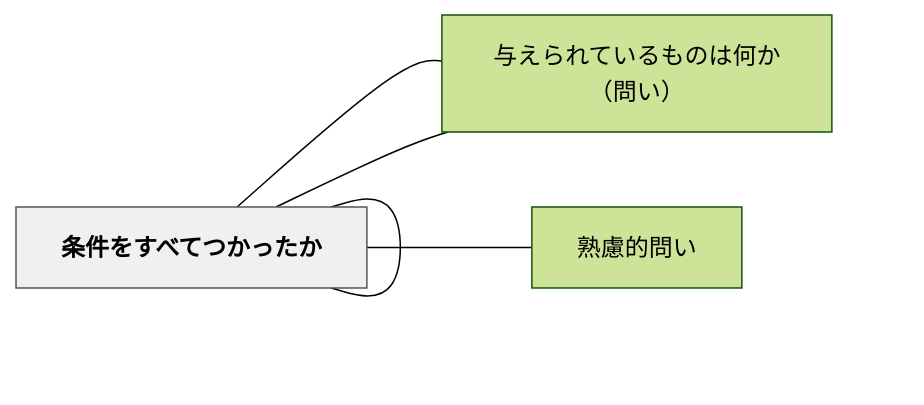
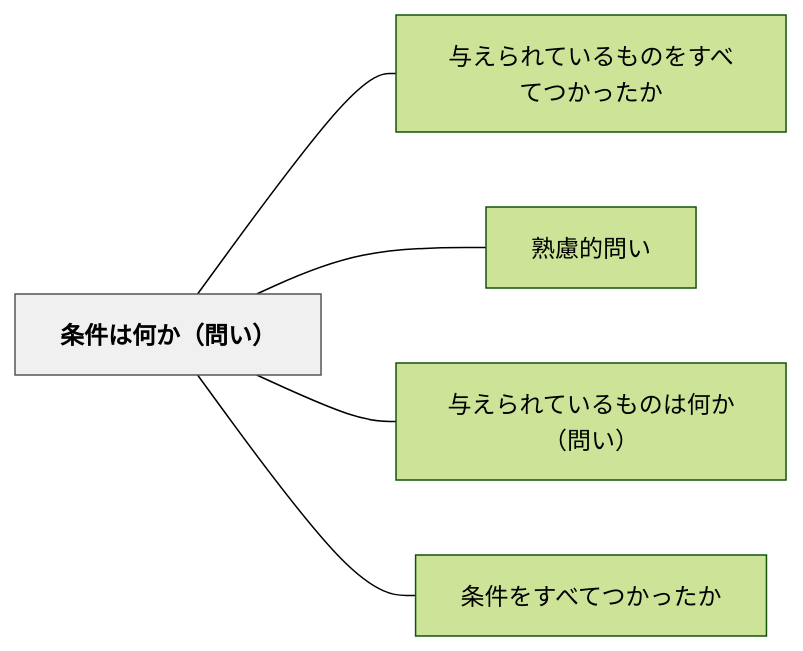
One commit to unknownthings-ed-patterns/unknownthings-ed-patterns changed the diagram in content/パタン/条件は何か（問い）.md. Above: the diagram before and after it, drawn with Mermaid (forest theme). The commit also changed 527 other files, not shown here.

````diff
--- a/content/パタン/条件は何か（問い）.md
+++ b/content/パタン/条件は何か（問い）.md
@@ -41,16 +41,16 @@
 ```mermaid
 flowchart LR
-    ne69da1e4bbb6["条件は何か（問い）"]
-    ne4b88ee38188["与えられているものをすべてつかったか"]
-    ne7869fe685ae["熟慮的問い"]
-    ne4b88ee38188["与えられているものは何か（問い）"]
-    ne69da1e4bbb6["条件をすべてつかったか"]
+    ne69da1e4bbb6e381afe4bd95e3818befbc88e5958fe38184efbc89["条件は何か（問い）"]
+    ne4b88ee38188e38289e3828ce381a6e38184e3828be38282e381aee38292e38199e381b9e381a6e381a4e3818be381a3e3819fe3818b["与えられているものをすべてつかったか"]
+    ne7869fe685aee79a84e5958fe38184["熟慮的問い"]
+    ne4b88ee38188e38289e3828ce381a6e38184e3828be38282e381aee381afe4bd95e3818befbc88e5958fe38184efbc89["与えられているものは何か（問い）"]
+    ne69da1e4bbb6e38292e38199e381b9e381a6e381a4e3818be381a3e3819fe3818b["条件をすべてつかったか"]
 
-    ne69da1e4bbb6 --- ne4b88ee38188
-    ne69da1e4bbb6 --- ne7869fe685ae
-    ne69da1e4bbb6 --- ne4b88ee38188
-    ne69da1e4bbb6 --- ne69da1e4bbb6
+    ne69da1e4bbb6e381afe4bd95e3818befbc88e5958fe38184efbc89 --- ne4b88ee38188e38289e3828ce381a6e38184e3828be38282e381aee38292e38199e381b9e381a6e381a4e3818be381a3e3819fe3818b
+    ne69da1e4bbb6e381afe4bd95e3818befbc88e5958fe38184efbc89 --- ne7869fe685aee79a84e5958fe38184
+    ne69da1e4bbb6e381afe4bd95e3818befbc88e5958fe38184efbc89 --- ne4b88ee38188e38289e3828ce381a6e38184e3828be38282e381aee381afe4bd95e3818befbc88e5958fe38184efbc89
+    ne69da1e4bbb6e381afe4bd95e3818befbc88e5958fe38184efbc89 --- ne69da1e4bbb6e38292e38199e381b9e381a6e381a4e3818be381a3e3819fe3818b
 
     classDef hub fill:#f0f0f0,stroke:#555,color:#000,font-weight:bold
-    class ne69da1e4bbb6 hub
+    class ne69da1e4bbb6e381afe4bd95e3818befbc88e5958fe38184efbc89 hub
 ```
````
